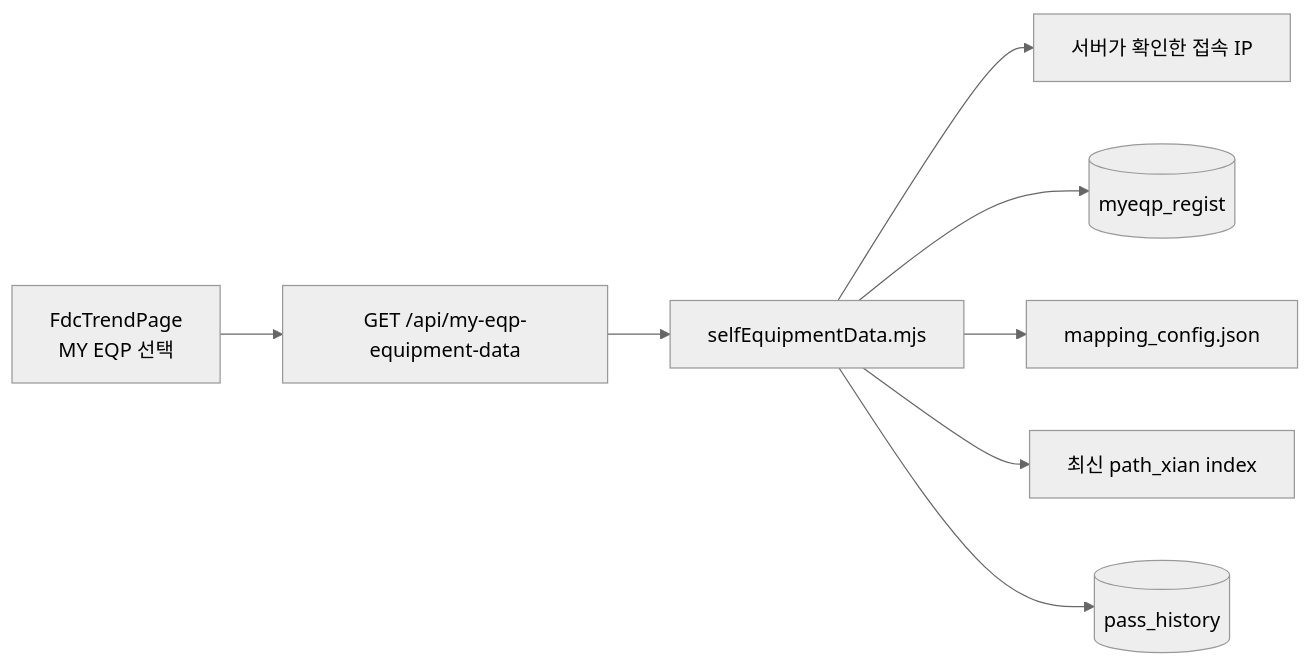
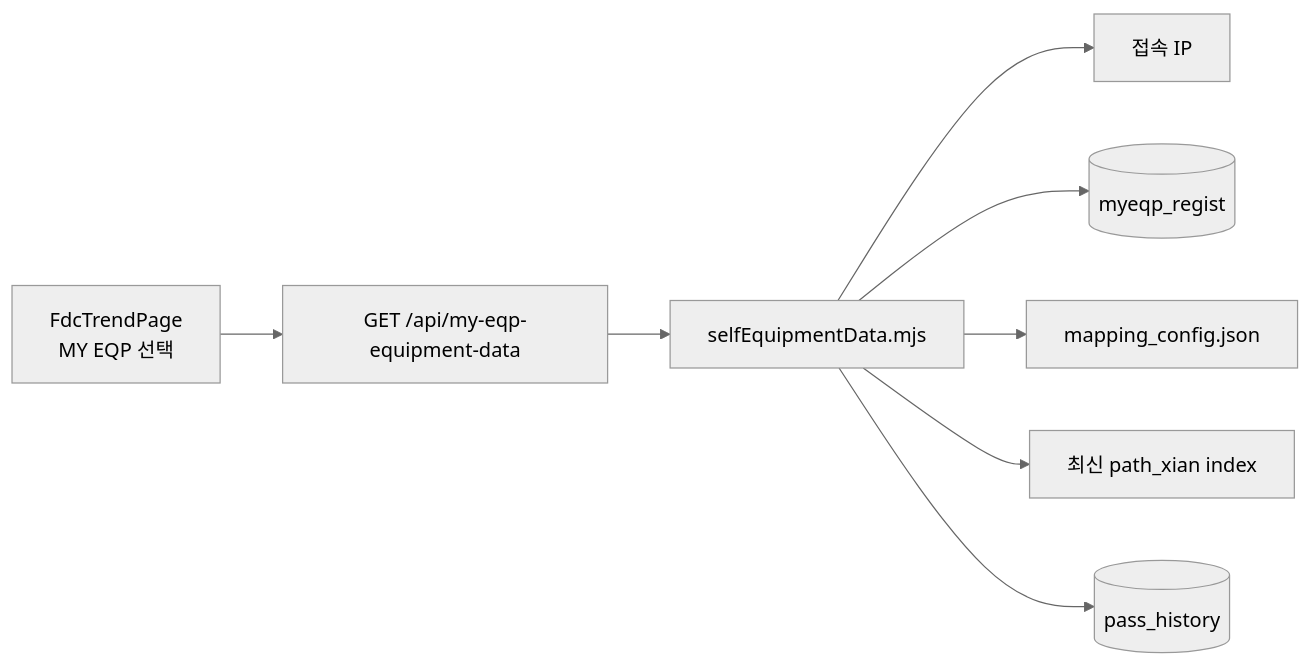
One commit to mlbarod/l0_spider_scs changed the sixth of 12 diagrams in web_structure.md. Above: the diagram before and after it, drawn with Mermaid (neutral theme). The commit also changed other lines of this file and 30 other files, not shown here.

````diff
--- a/web_structure.md
+++ b/web_structure.md
@@ -339,18 +339,18 @@
 ```mermaid
 flowchart LR
     PAGE["FdcTrendPage<br/>MY EQP 선택"]
     API["GET /api/my-eqp-equipment-data"]
     NODE["selfEquipmentData.mjs"]
-    IP["서버가 확인한 접속 IP"]
+    IP["접속 IP"]
     REG[("myeqp_regist")]
     MAP["mapping_config.json"]
     PATHS["최신 path_xian index"]
     SKIP[("pass_history")]
 
     PAGE --> API --> NODE
     NODE --> IP
     NODE --> REG
     NODE --> MAP
     NODE --> PATHS
     NODE --> SKIP
 ```
````
